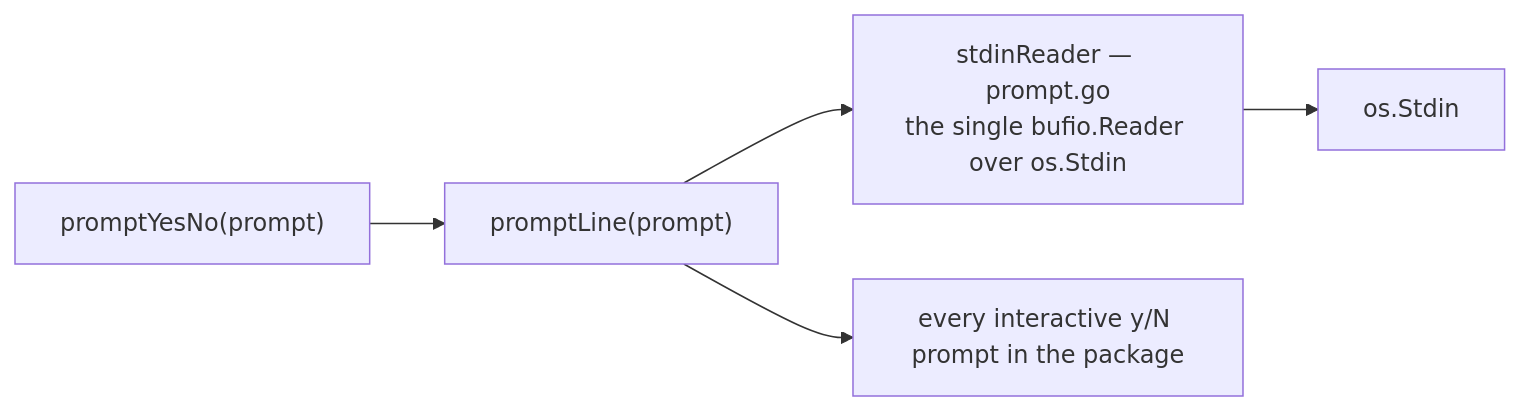
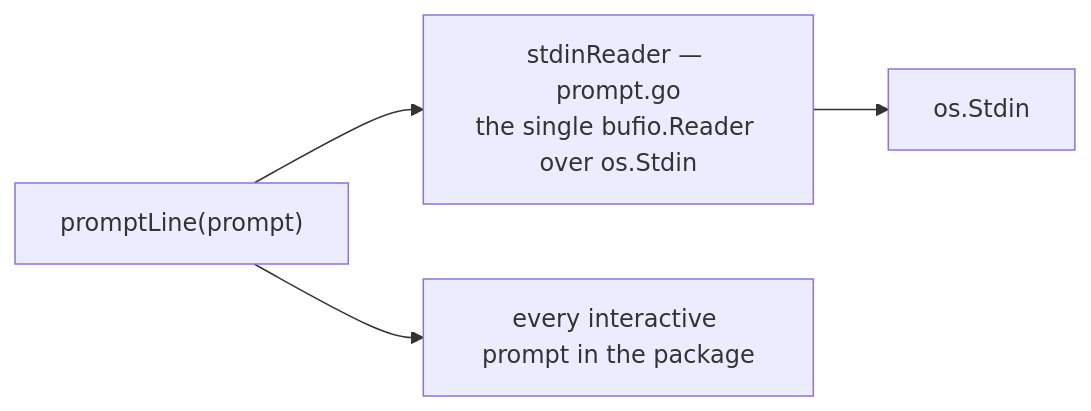
The second of 2 diagrams in docs/architecture/cli/terminal-and-prompts.md (ctxloom/ctxloom), drawn with Mermaid before and after one commit. The commit also changed other lines of this file and 9 other files, not shown here.

First line of the commit message:
cli/signer: no prompt; without --yes disclose the key and fail naming it

````diff
--- a/docs/architecture/cli/terminal-and-prompts.md
+++ b/docs/architecture/cli/terminal-and-prompts.md
@@ -74,8 +74,7 @@
 ```mermaid
 flowchart LR
     SR["stdinReader — prompt.go<br/>the single bufio.Reader over os.Stdin"]
     PL["promptLine(prompt)"] --> SR
-    PYN["promptYesNo(prompt)"] --> PL
-    PL --> C["every interactive y/N prompt in the package"]
+    PL --> C["every interactive prompt in the package"]
     SR --> STDIN["os.Stdin"]
 ```
````
